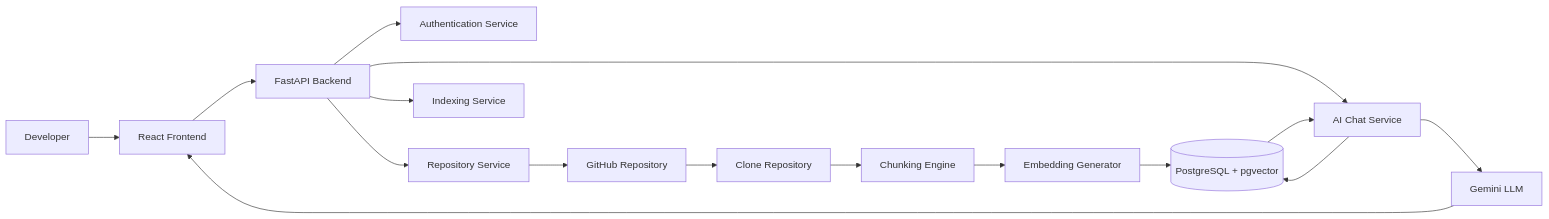
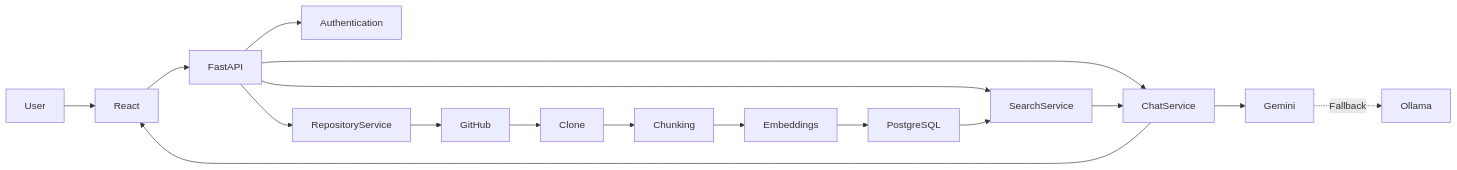
One commit to impanamu/codeforge-ai changed the first of 3 diagrams in README.md. Above: the diagram before and after it, drawn with Mermaid. The commit also changed other lines of this file and 1 other file, not shown here.

Commit message:
Add architecture documentation

````diff
--- a/README.md
+++ b/README.md
@@ -63,32 +65,32 @@
 ```mermaid
 flowchart LR
 
-A[Developer]
+User --> React
 
-A --> B[React Frontend]
+React --> FastAPI
 
-B --> C[FastAPI Backend]
+FastAPI --> Authentication
+FastAPI --> RepositoryService
+FastAPI --> SearchService
+FastAPI --> ChatService
 
-C --> D[Authentication Service]
-C --> E[Repository Service]
-C --> F[Indexing Service]
-C --> G[AI Chat Service]
+RepositoryService --> GitHub
 
-E --> H[GitHub Repository]
+GitHub --> Clone
 
-H --> I[Clone Repository]
+Clone --> Chunking
 
-I --> J[Chunking Engine]
+Chunking --> Embeddings
 
-J --> K[Embedding Generator]
+Embeddings --> PostgreSQL
 
-K --> L[(PostgreSQL + pgvector)]
+PostgreSQL --> SearchService
 
-G --> L
+SearchService --> ChatService
 
-L --> G
+ChatService --> Gemini
 
-G --> M[Gemini LLM]
+Gemini -.Fallback.-> Ollama
 
-M --> B
+ChatService --> React
 ```
````
